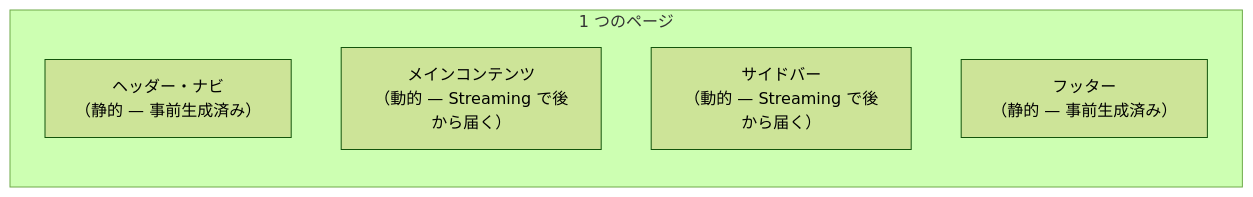
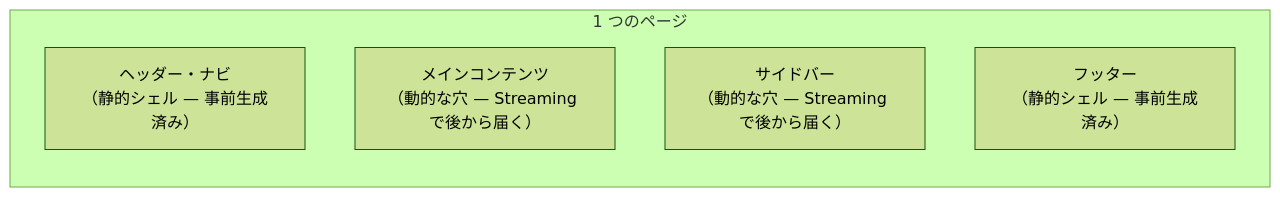
The sixth of 7 diagrams in docs/drafts/004/index.md (ozaki25/web-front-training-ozaki25), drawn with Mermaid (forest theme) before and after one commit. The commit also changed other lines of this file, not shown here.

````diff
--- a/docs/drafts/004/index.md
+++ b/docs/drafts/004/index.md
@@ -118,10 +129,10 @@
 ```mermaid
 flowchart TB
   subgraph page["1 つのページ"]
     direction TB
-    Header["ヘッダー・ナビ\n（静的 — 事前生成済み）"]
-    Content["メインコンテンツ\n（動的 — Streaming で後から届く）"]
-    Sidebar["サイドバー\n（動的 — Streaming で後から届く）"]
-    Footer["フッター\n（静的 — 事前生成済み）"]
+    Header["ヘッダー・ナビ\n（静的シェル — 事前生成済み）"]
+    Content["メインコンテンツ\n（動的な穴 — Streaming で後から届く）"]
+    Sidebar["サイドバー\n（動的な穴 — Streaming で後から届く）"]
+    Footer["フッター\n（静的シェル — 事前生成済み）"]
   end
 ```
````
